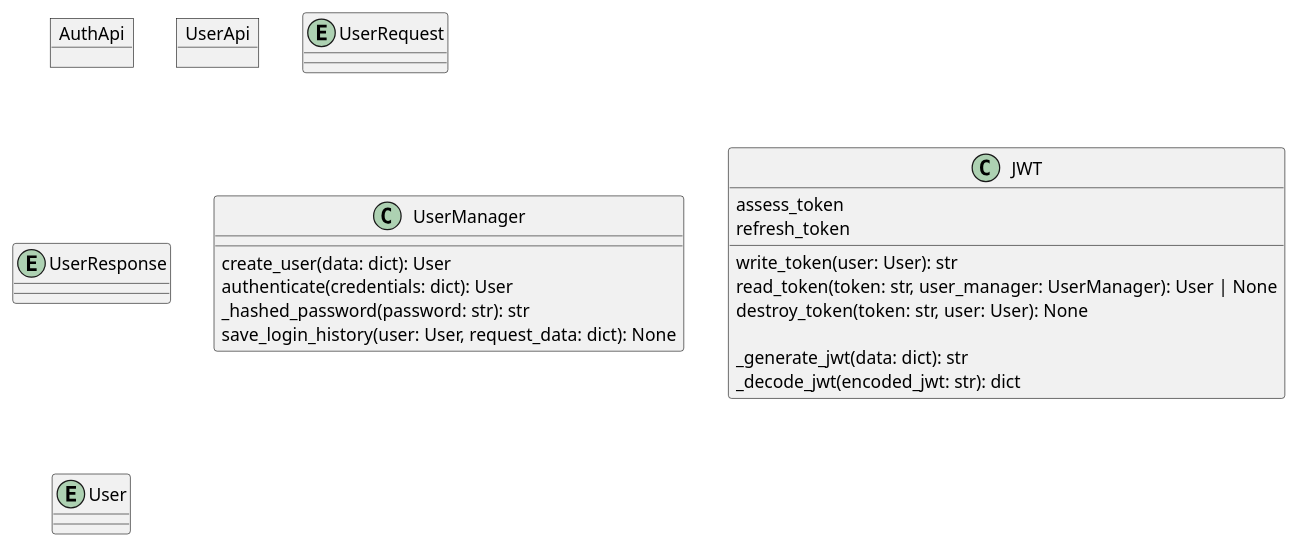
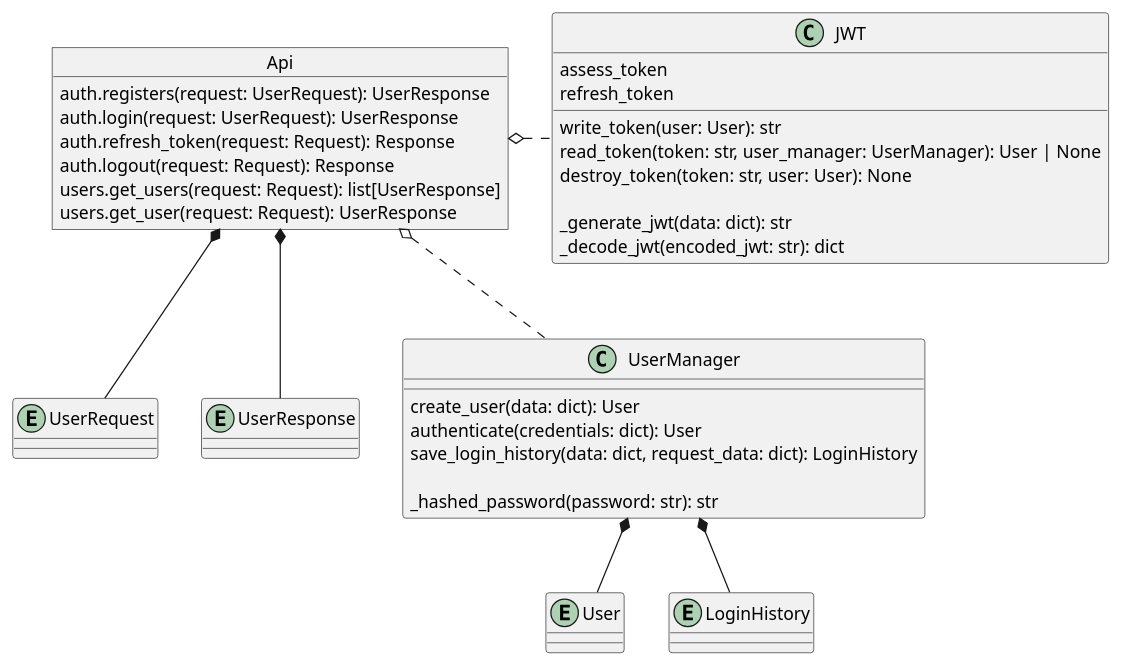
Before and after one commit to vladmeh/auth_service: the first of 2 diagrams in docs/auth_sequence.puml, drawn with PlantUML. The commit also changed other lines of this file and 2 other files, not shown here.

Commit message:
UML Auth sequence && auth objects.

```diff
--- a/docs/auth_sequence.puml
+++ b/docs/auth_sequence.puml
@@ -1,24 +1,42 @@
 @startuml
-object AuthApi
-object UserApi
+object Api {
+    auth.registers(request: UserRequest): UserResponse
+    auth.login(request: UserRequest): UserResponse
+    auth.refresh_token(request: Request): Response
+    auth.logout(request: Request): Response
+
+    users.get_users(request: Request): list[UserResponse]
+    users.get_user(request: Request): UserResponse
+}
 entity UserRequest
 entity UserResponse
 class UserManager{
     create_user(data: dict): User
     authenticate(credentials: dict): User
+    save_login_history(data: dict, request_data: dict): LoginHistory
+
     _hashed_password(password: str): str
-    save_login_history(user: User, request_data: dict): None
 }
 class JWT{
     assess_token
     refresh_token
 
     write_token(user: User): str
     read_token(token: str, user_manager: UserManager): User | None
     destroy_token(token: str, user: User): None
 
     _generate_jwt(data: dict): str
     _decode_jwt(encoded_jwt: str): dict
 }
 entity User
+entity LoginHistory
+
+Api *-- UserRequest
+Api *-- UserResponse
+Api o.. UserManager
+Api o.right. JWT
+
+UserManager *-down- User
+UserManager *-down- LoginHistory
+
 @enduml
```
